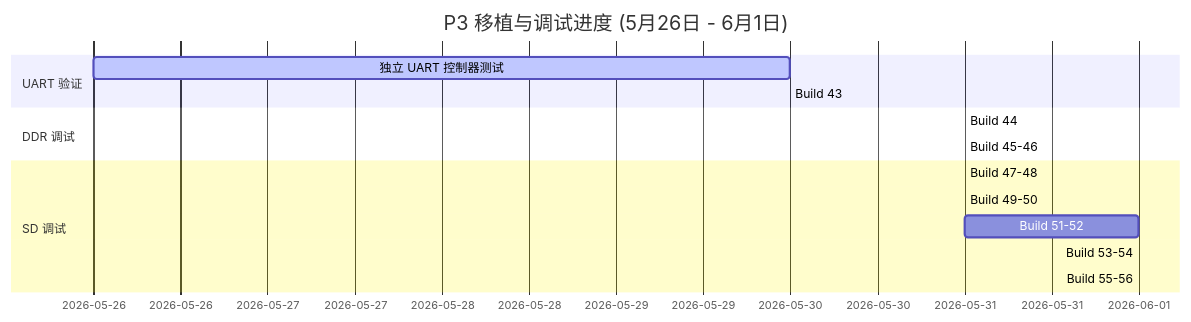
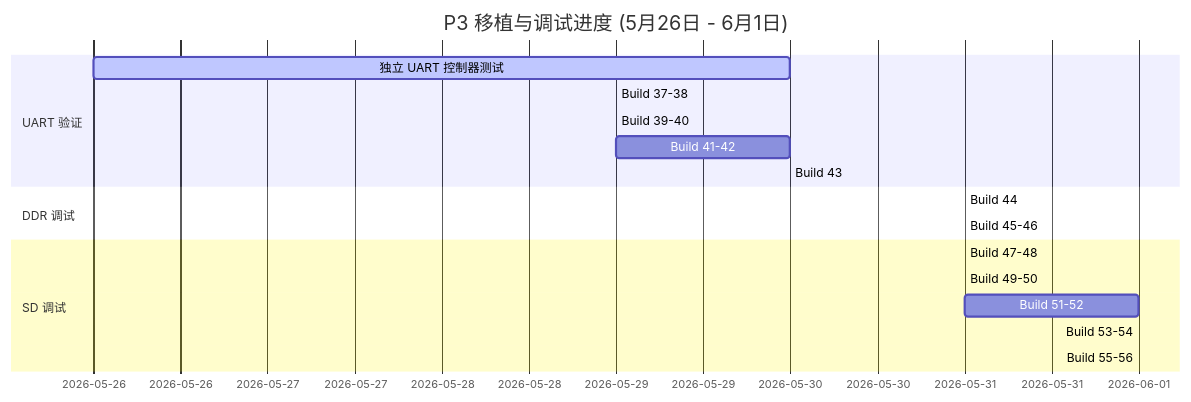
Before and after one commit to 2317891476/openpiton: the diagram in wiki/weekly_report_sd_issue.md, drawn with Mermaid. The commit also changed other lines of this file, not shown here.

````diff
--- a/wiki/weekly_report_sd_issue.md
+++ b/wiki/weekly_report_sd_issue.md
@@ -11,17 +11,20 @@
 ```mermaid
 gantt
     title P3 移植与调试进度 (5月26日 - 6月1日)
     dateFormat  YYYY-MM-DD
     section UART 验证
     独立 UART 控制器测试       :active, 2026-05-26, 2026-05-30
+    Build 37-38: 流控死锁与字节对齐排查:crit, 2026-05-29, 2026-05-29
+    Build 39-40: SiFive UART IP 切换与测试:active, 2026-05-29, 2026-05-29
+    Build 41-42: 取指验证与免栈串口验证:crit, 2026-05-29, 2026-05-30
     Build 43: AXI16550免DDR纯汇编打印 :crit, 2026-05-30, 2026-05-30
     section DDR 调试
     Build 44: 发现 DDR 读通道挂起      :active, 2026-05-31, 2026-05-31
     Build 45-46: 顶层地址折叠解决 DDR 挂起 :crit, 2026-05-31, 2026-05-31
     section SD 调试
     Build 47-48: Bootrom 调通 & 卡在拷贝  :active, 2026-05-31, 2026-05-31
     Build 49-50: SD-smoke 消除软件栈干扰 :active, 2026-05-31, 2026-05-31
     Build 51-52: 屏蔽 Card-Detect 硬复位 :crit, 2026-05-31, 2026-06-01
     Build 53-54: CMD 探针与弱上拉实验   :active, 2026-06-01, 2026-06-01
     Build 55-56: IOB 时钟与 SPI 线序交叉实验 :crit, 2026-06-01, 2026-06-01
 ```
````
